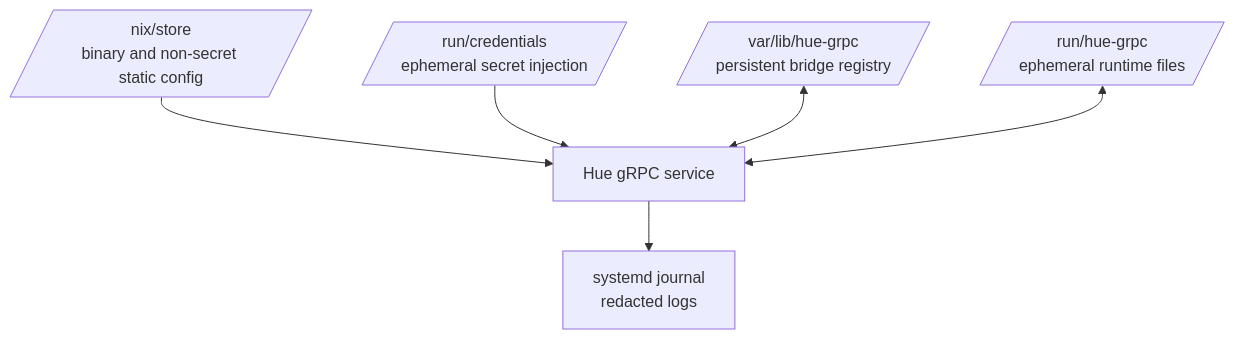
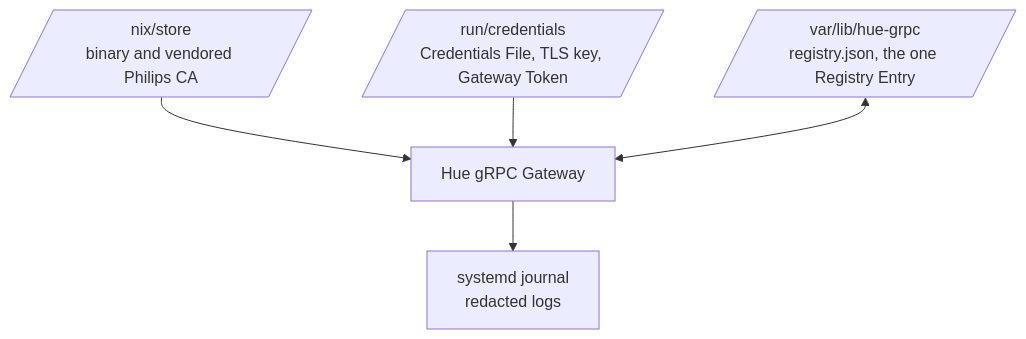
The sixth of 9 diagrams in philips-hue-grpc-nixos-plan.md (malamoney/hue), drawn with Mermaid before and after one commit. The commit also changed other lines of this file, not shown here.

````diff
--- a/philips-hue-grpc-nixos-plan.md
+++ b/philips-hue-grpc-nixos-plan.md
@@ -783,15 +650,13 @@
 ```mermaid
 flowchart TB
-    STORE[/nix/store<br/>binary and non-secret static config/]
-    CRED[/run/credentials<br/>ephemeral secret injection/]
-    STATE[/var/lib/hue-grpc<br/>persistent bridge registry/]
-    RUN[/run/hue-grpc<br/>ephemeral runtime files/]
+    STORE[/nix/store<br/>binary and vendored Philips CA/]
+    CRED[/run/credentials<br/>Credentials File, TLS key, Gateway Token/]
+    STATE[/var/lib/hue-grpc<br/>registry.json, the one Registry Entry/]
     JOURNAL[systemd journal<br/>redacted logs]
-    SERVICE[Hue gRPC service]
+    SERVICE[Hue gRPC Gateway]
 
     STORE --> SERVICE
     CRED --> SERVICE
     STATE <--> SERVICE
-    RUN <--> SERVICE
     SERVICE --> JOURNAL
 ```
````
